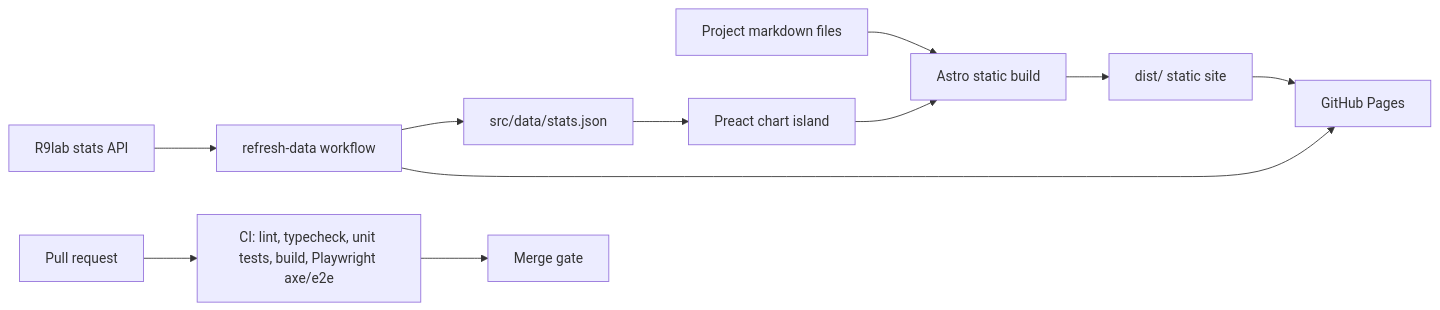
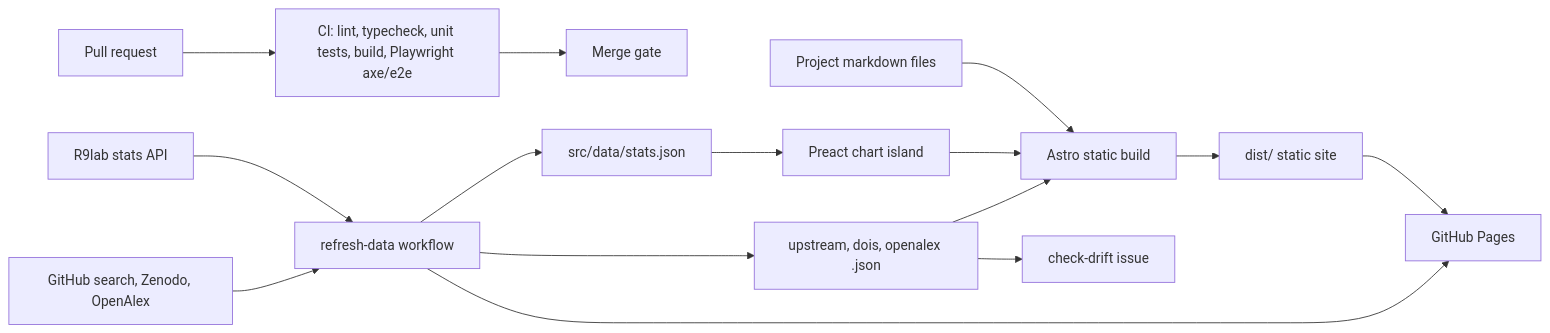
The diagram in docs/architecture.md (simonvanlierde/simonvanlierde.github.io), drawn with Mermaid before and after one commit. The commit also changed other lines of this file and 15 other files, not shown here.

First line of the commit message:
feat: generate upstream PRs, Zenodo DOIs and OpenAlex works weekly

````diff
--- a/docs/architecture.md
+++ b/docs/architecture.md
@@ -5,15 +5,19 @@
 ```mermaid
 flowchart LR
   author[Project markdown files] --> astro[Astro static build]
   stats[src/data/stats.json] --> island[Preact chart island]
   island --> astro
   astro --> dist[dist/ static site]
   dist --> pages[GitHub Pages]
 
   r9lab[R9lab stats API] --> refresh[refresh-data workflow]
+  sources[GitHub search, Zenodo, OpenAlex] --> refresh
   refresh --> stats
+  refresh --> evidence[upstream, dois, openalex .json]
+  evidence --> astro
+  evidence --> drift[check-drift issue]
   refresh --> pages
 
   pr[Pull request] --> ci[CI: lint, typecheck, unit tests, build, Playwright axe/e2e]
   ci --> review[Merge gate]
 ```
````
